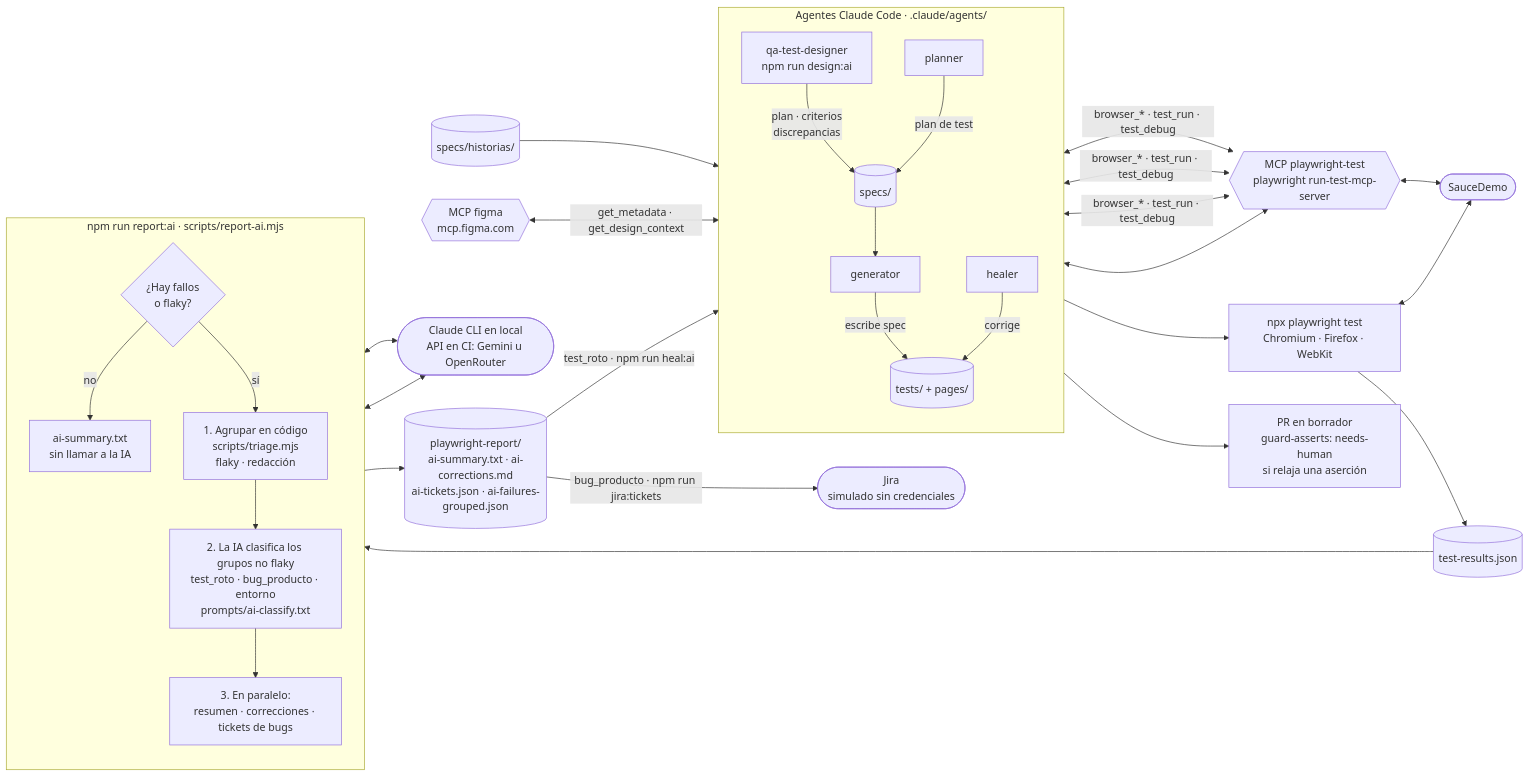
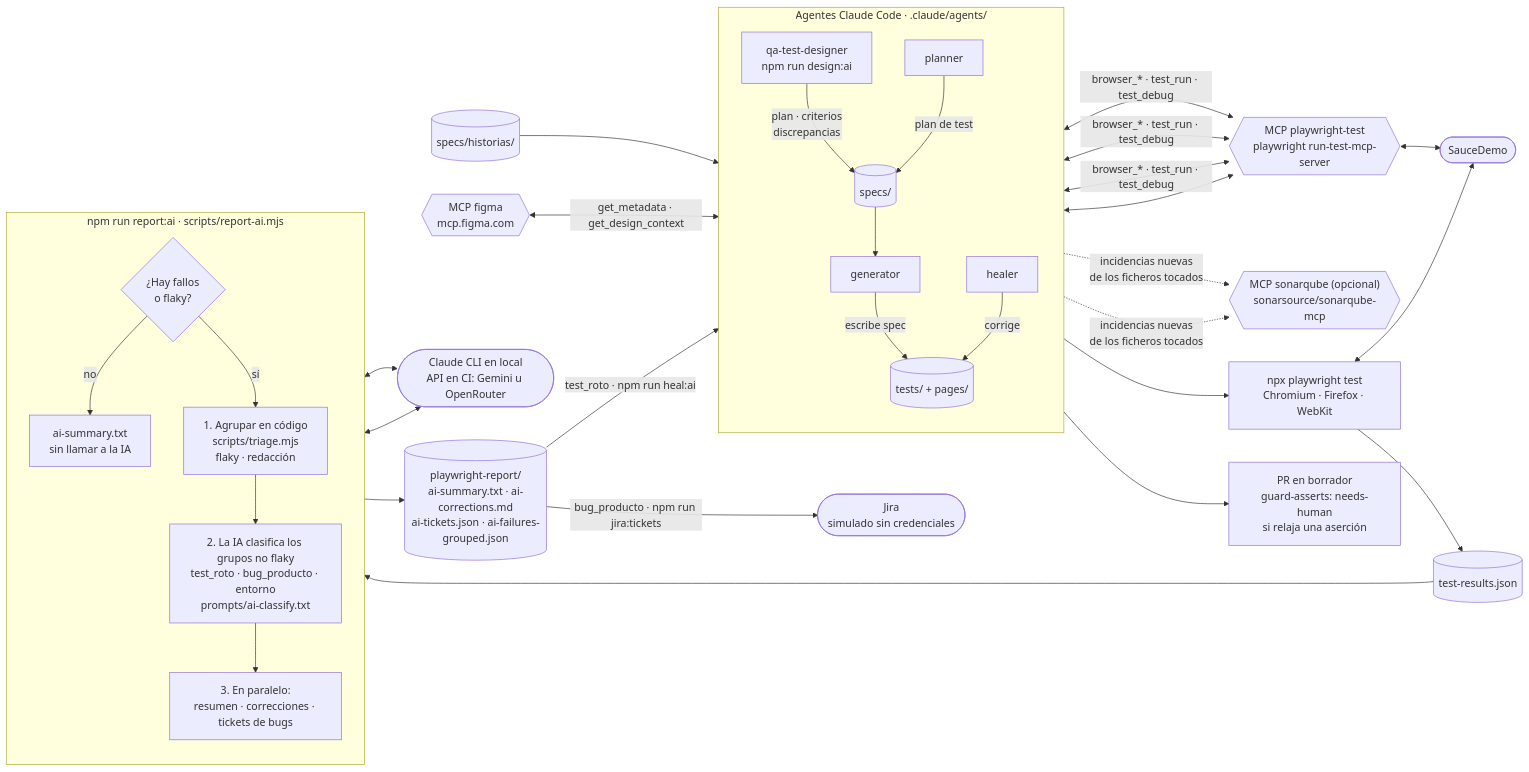
Before and after one commit to StoneFly365/playwright-demo-ia-mcp: the first of 3 diagrams in README.md, drawn with Mermaid. The commit also changed other lines of this file and 12 other files, not shown here.

First line of the commit message:
feat: análisis estático con SonarQube Cloud y su MCP para los agentes (#39)

````diff
--- a/README.md
+++ b/README.md
@@ -84,40 +88,42 @@
 ```mermaid
 flowchart LR
     APP(["SauceDemo"])
 
     subgraph AGENTS ["Agentes Claude Code · .claude/agents/"]
         direction TB
         D["qa-test-designer<br/>npm run design:ai"] -->|"plan · criterios<br/>discrepancias"| SP[("specs/")]
         P["planner"] -->|"plan de test"| SP
         SP --> G["generator"]
         G -->|"escribe spec"| T[("tests/ + pages/")]
         H["healer"] -->|"corrige"| T
     end
 
     MCP{{"MCP playwright-test<br/>playwright run-test-mcp-server"}}
     P & G & H <-->|"browser_* · test_run · test_debug"| MCP
     MCP <--> APP
     HU[("specs/historias/")] --> D
     FIG{{"MCP figma<br/>mcp.figma.com"}} <-->|"get_metadata · get_design_context"| D
     D <--> MCP
+    SQ{{"MCP sonarqube (opcional)<br/>sonarsource/sonarqube-mcp"}}
+    G & H -.->|"incidencias nuevas<br/>de los ficheros tocados"| SQ
 
     T --> RUN["npx playwright test<br/>Chromium · Firefox · WebKit"]
     RUN <--> APP
     RUN --> JSON[("test-results.json")]
 
     subgraph AI ["npm run report:ai · scripts/report-ai.mjs"]
         direction TB
         CHK{"¿Hay fallos<br/>o flaky?"} -->|"no"| OK["ai-summary.txt<br/>sin llamar a la IA"]
         CHK -->|"sí"| GR["1. Agrupar en código<br/>scripts/triage.mjs<br/>flaky · redacción"]
         GR --> CL["2. La IA clasifica los grupos no flaky<br/>test_roto · bug_producto · entorno<br/>prompts/ai-classify.txt"]
         CL --> PAR["3. En paralelo:<br/>resumen · correcciones · tickets de bugs"]
     end
 
     JSON --> CHK
     LLM(["Claude CLI en local<br/>API en CI: Gemini u OpenRouter"])
     CL & PAR <--> LLM
     PAR --> OUT[("playwright-report/<br/>ai-summary.txt · ai-corrections.md<br/>ai-tickets.json · ai-failures-grouped.json")]
     OUT -->|"test_roto · npm run heal:ai"| H
     H --> PR["PR en borrador<br/>guard-asserts: needs-human<br/>si relaja una aserción"]
     OUT -->|"bug_producto · npm run jira:tickets"| JIRA(["Jira<br/>simulado sin credenciales"])
 ```
````
